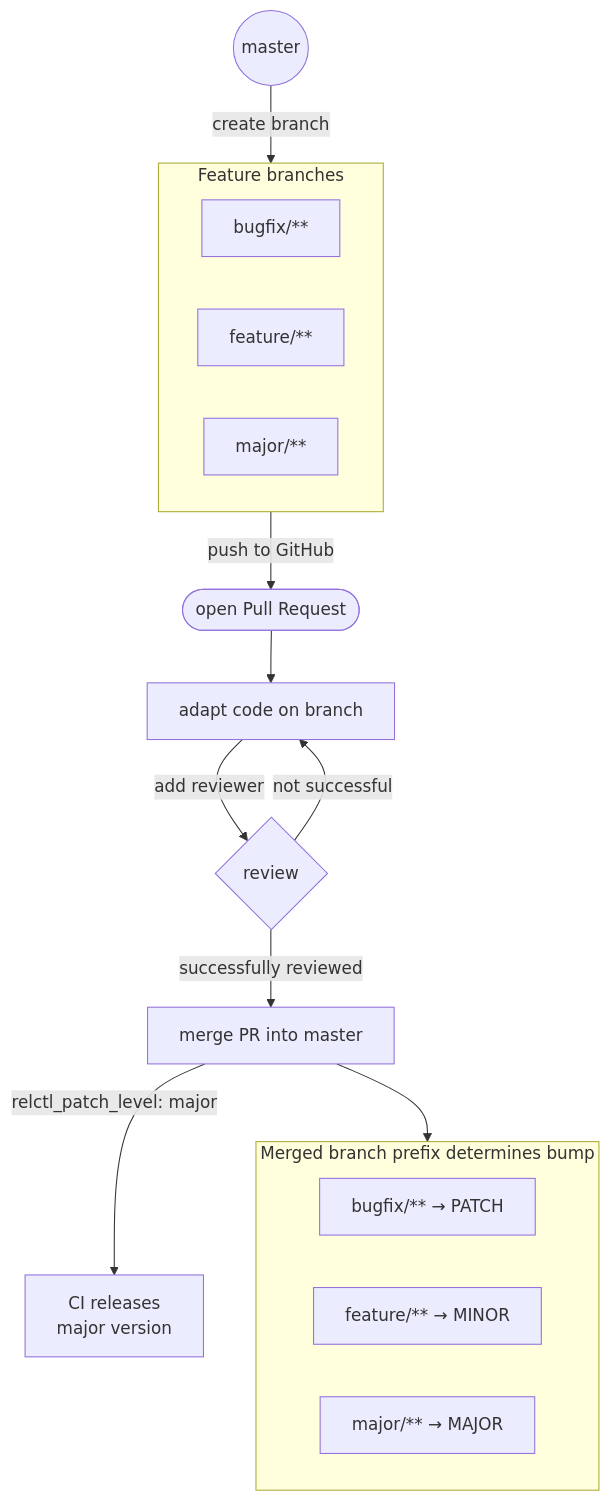
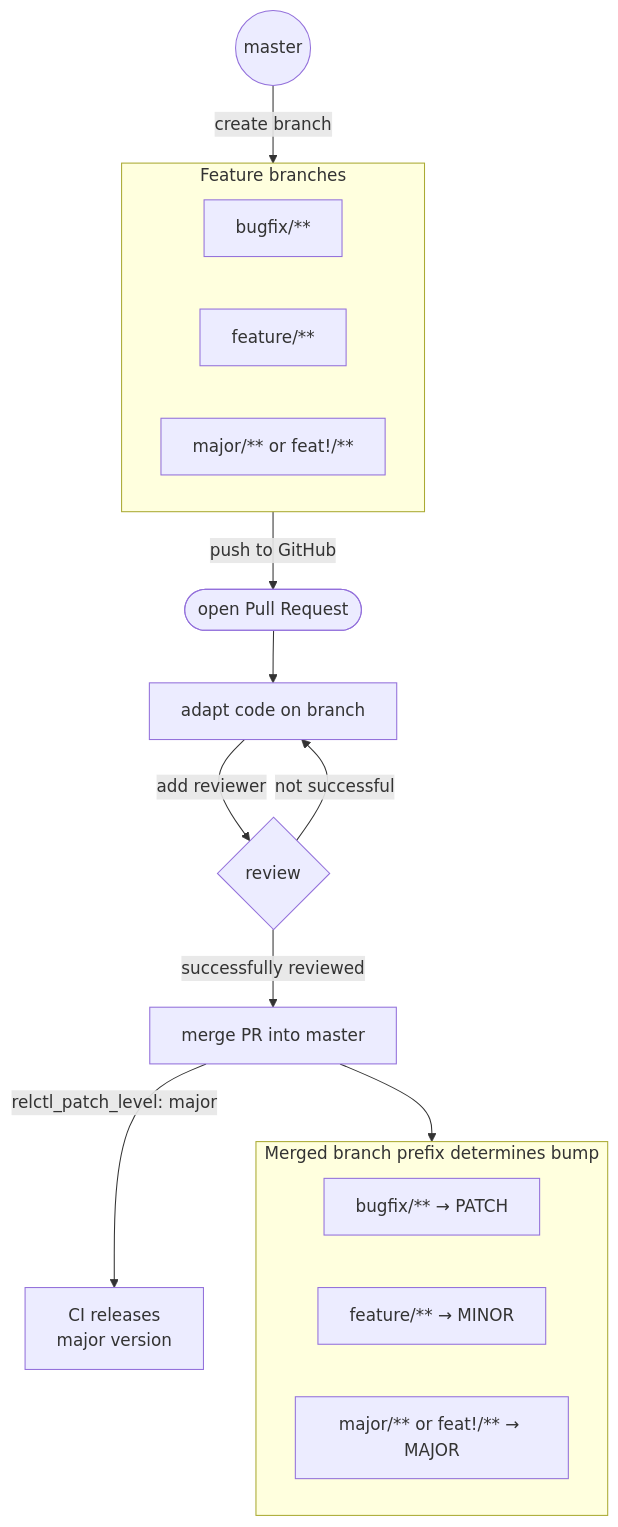
Before and after one commit to layer87-labs/docs: the first of 2 diagrams in docs/relctl/ci-integration.md, drawn with Mermaid. The commit also changed other lines of this file and 3 other files, not shown here.

````diff
--- a/docs/relctl/ci-integration.md
+++ b/docs/relctl/ci-integration.md
@@ -10,26 +10,26 @@
 ```mermaid
 flowchart TD
     master((master)) --> |create branch| branches
 
     subgraph branches["Feature branches"]
         b1["bugfix/**"]
         b2["feature/**"]
-        b3["major/**"]
+        b3["major/** or feat!/**"]
     end
 
     branches --> |push to GitHub| openPR(["open Pull Request"])
     openPR --> code["adapt code on branch"]
     code --> |add reviewer| review{review}
     review --> |not successful| code
     review --> |successfully reviewed| merge["merge PR into master"]
 
     merge --> |relctl_patch_level: major| override["CI releases\nmajor version"]
 
     merge --> prBranch
 
     subgraph prBranch["Merged branch prefix determines bump"]
         pb1["bugfix/** → PATCH"]
         pb2["feature/** → MINOR"]
-        pb3["major/** → MAJOR"]
+        pb3["major/** or feat!/** → MAJOR"]
     end
 ```
````
